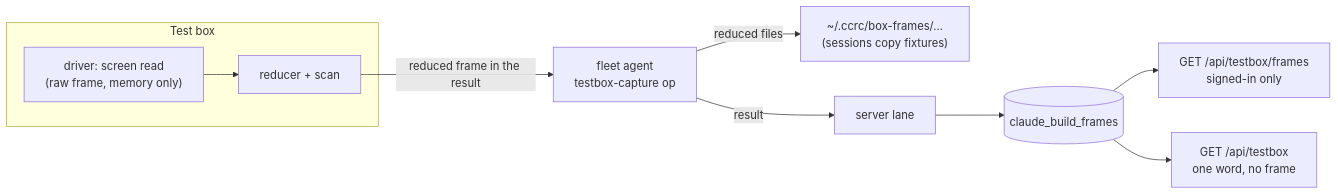
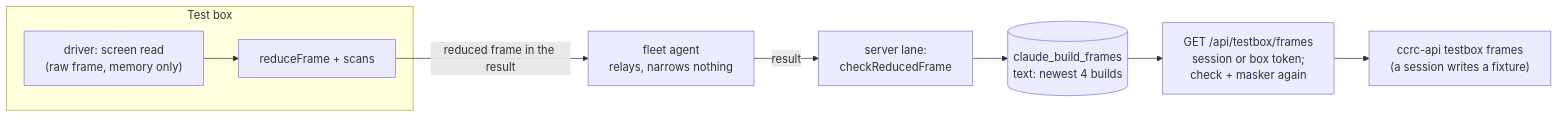
One commit to Synapsium-Labs/ccrc-pwa changed the diagram in docs/superpowers/plans/2026-11-26-box-frames-recipe.md. Above: the diagram before and after it, drawn with Mermaid. The commit also changed other lines of this file, not shown here.

Commit message:
docs(plan): box frames revised for the rulings: one read, reducer conditions, the alarm split out

````diff
--- a/docs/superpowers/plans/2026-11-26-box-frames-recipe.md
+++ b/docs/superpowers/plans/2026-11-26-box-frames-recipe.md
@@ -330,12 +393,11 @@
 ```mermaid
 flowchart LR
   subgraph TB["Test box"]
-    D["driver: screen read<br/>(raw frame, memory only)"] --> R["reducer + scan"]
+    D["driver: screen read<br/>(raw frame, memory only)"] --> R["reduceFrame + scans"]
   end
-  R -- "reduced frame in the result" --> A["fleet agent<br/>testbox-capture op"]
-  A -- "reduced files" --> F["~/.ccrc/box-frames/…<br/>(sessions copy fixtures)"]
-  A -- "result" --> S["server lane"]
-  S --> T[("claude_build_frames")]
-  T --> SI["GET /api/testbox/frames<br/>signed-in only"]
-  T --> ST["GET /api/testbox<br/>one word, no frame"]
+  R -- "reduced frame in the result" --> A["fleet agent<br/>relays, narrows nothing"]
+  A -- "result" --> S["server lane:<br/>checkReducedFrame"]
+  S --> T[("claude_build_frames<br/>text: newest 4 builds")]
+  T --> RD["GET /api/testbox/frames<br/>session or box token;<br/>check + masker again"]
+  RD --> C["ccrc-api testbox frames<br/>(a session writes a fixture)"]
 ```
````
